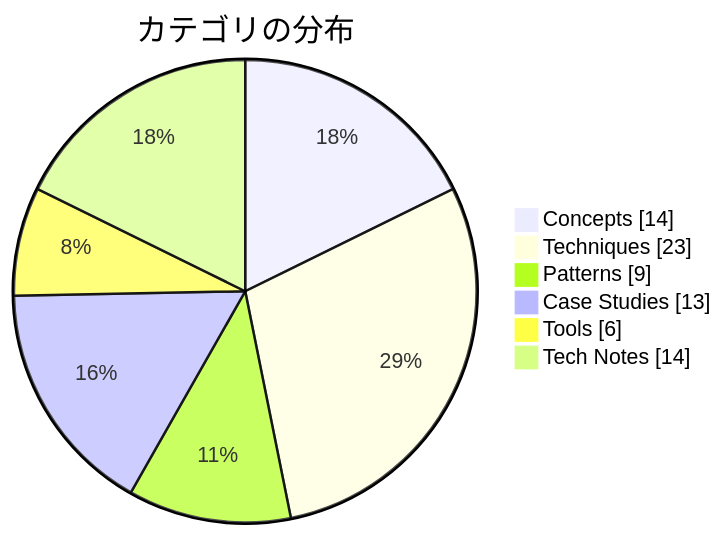
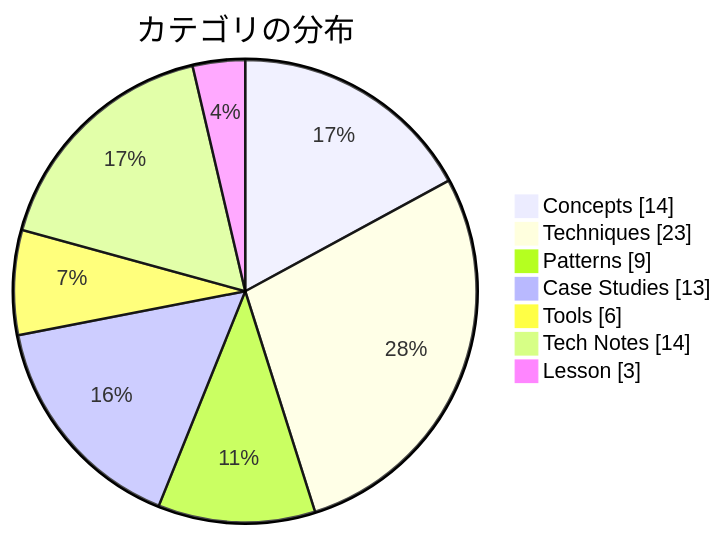
One commit to dinekt/dinekt-wiki changed the second of 2 diagrams in docs/index.md. Above: the diagram before and after it, drawn with Mermaid. The commit also changed other lines of this file and 5 other files, not shown here.

````diff
--- a/docs/index.md
+++ b/docs/index.md
@@ -30,9 +30,10 @@
 ```mermaid
 pie showData title カテゴリの分布
     "Concepts" : 14
     "Techniques" : 23
     "Patterns" : 9
     "Case Studies" : 13
     "Tools" : 6
     "Tech Notes" : 14
+    "Lesson" : 3
 ```
````
